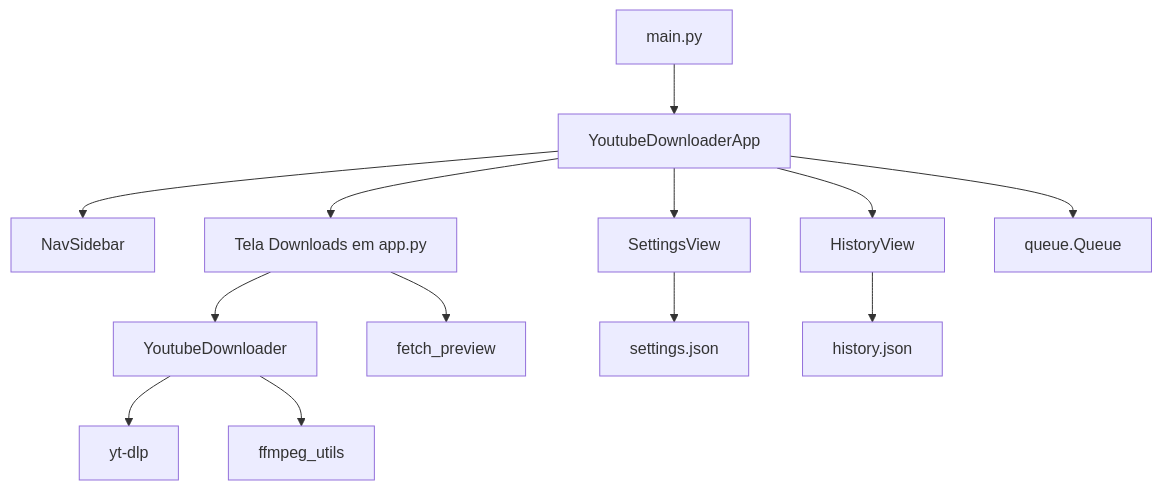
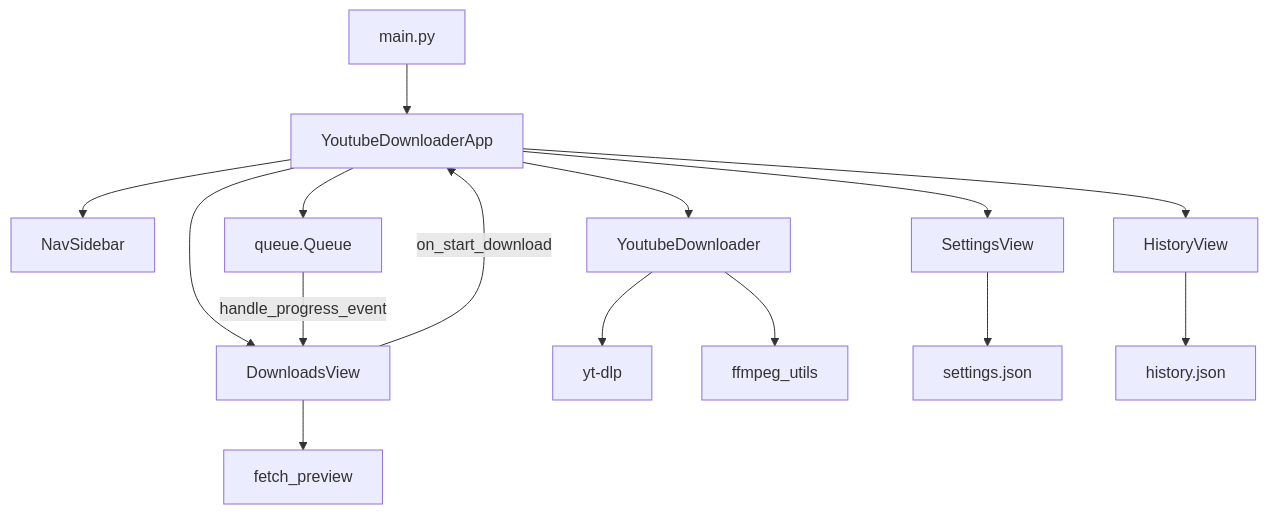
One commit to PauloParente/youtube-downloader changed the diagram in AGENTS.md. Above: the diagram before and after it, drawn with Mermaid. The commit also changed other lines of this file and 2 other files, not shown here.

First line of the commit message:
docs: atualizar README, AGENTS e ROADMAP

````diff
--- a/AGENTS.md
+++ b/AGENTS.md
@@ -55,15 +58,17 @@
 ```mermaid
 flowchart TB
   main[main.py] --> app[YoutubeDownloaderApp]
   app --> nav[NavSidebar]
   app --> settings[SettingsView]
   app --> history[HistoryView]
-  app --> downloadUI[Tela Downloads em app.py]
+  app --> downloads[DownloadsView]
   app --> queue[queue.Queue]
-  downloadUI --> dl[YoutubeDownloader]
-  downloadUI --> meta[fetch_preview]
+  app --> dl[YoutubeDownloader]
+  downloads --> meta[fetch_preview]
+  downloads -->|"on_start_download"| app
+  queue -->|"handle_progress_event"| downloads
   dl --> ytdlp[yt-dlp]
   dl --> ffmpeg[ffmpeg_utils]
   settings --> settFile[settings.json]
   history --> histFile[history.json]
 ```
````
